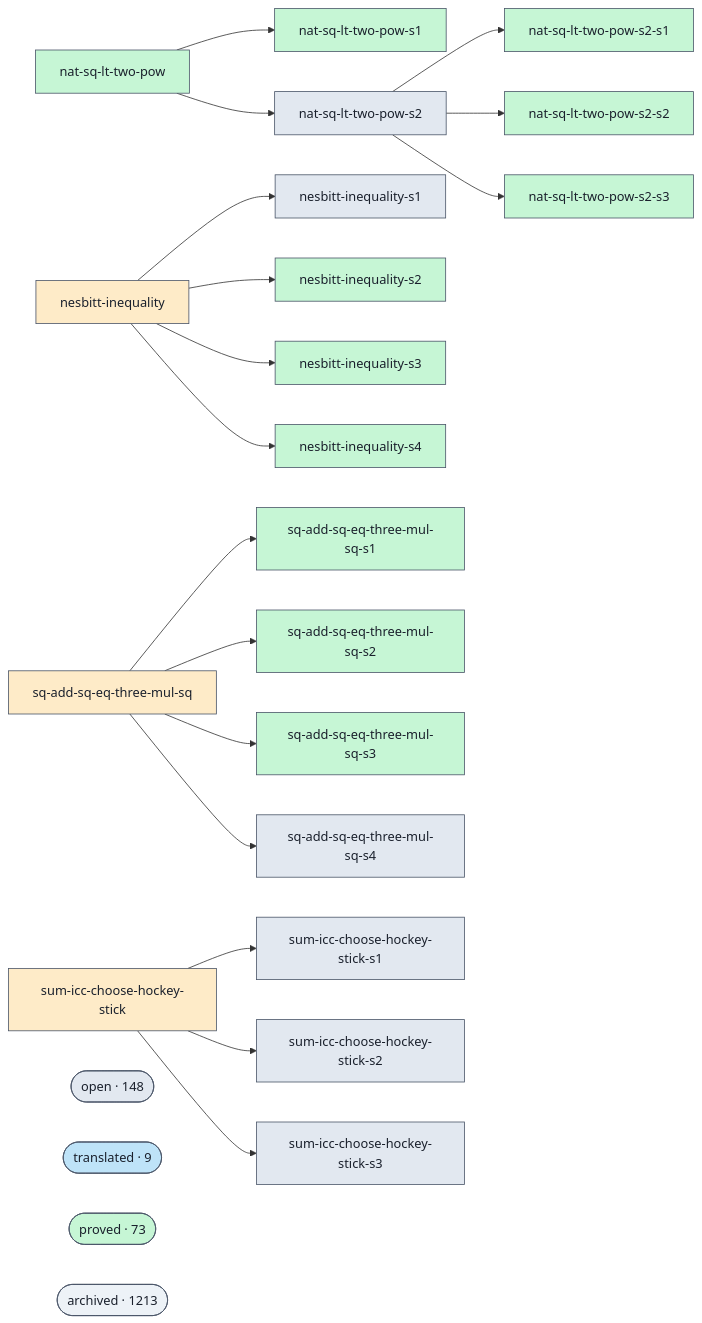
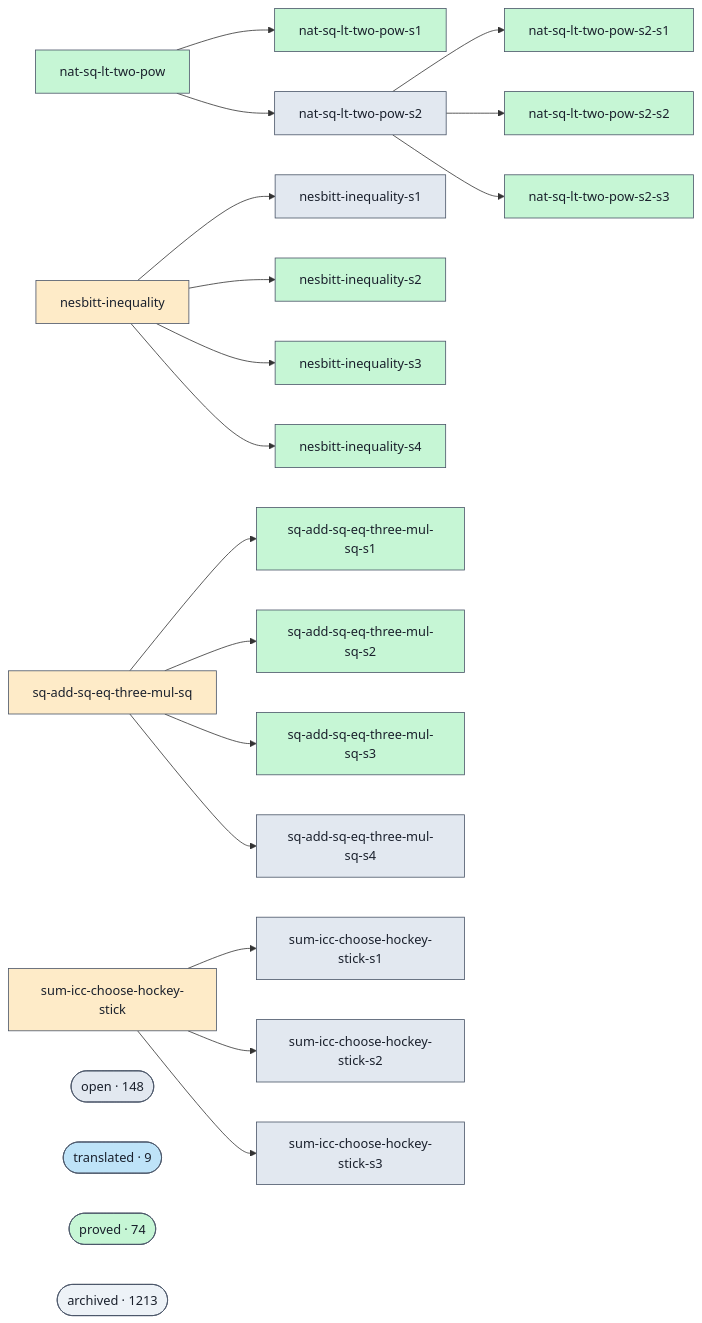
One commit to ohdearquant/unsorry changed the diagram in docs/proofs-contributors-visualisation.md. Above: the diagram before and after it, drawn with Mermaid. The commit also changed other lines of this file and 2 other files, not shown here.

```diff
--- a/docs/proofs-contributors-visualisation.md
+++ b/docs/proofs-contributors-visualisation.md
@@ -102,7 +102,7 @@
   class cluster_open open;
   cluster_translated(["translated · 9"])
   class cluster_translated translated;
-  cluster_proved(["proved · 73"])
+  cluster_proved(["proved · 74"])
   class cluster_proved proved;
   cluster_archived(["archived · 1213"])
   class cluster_archived unknown;
```
